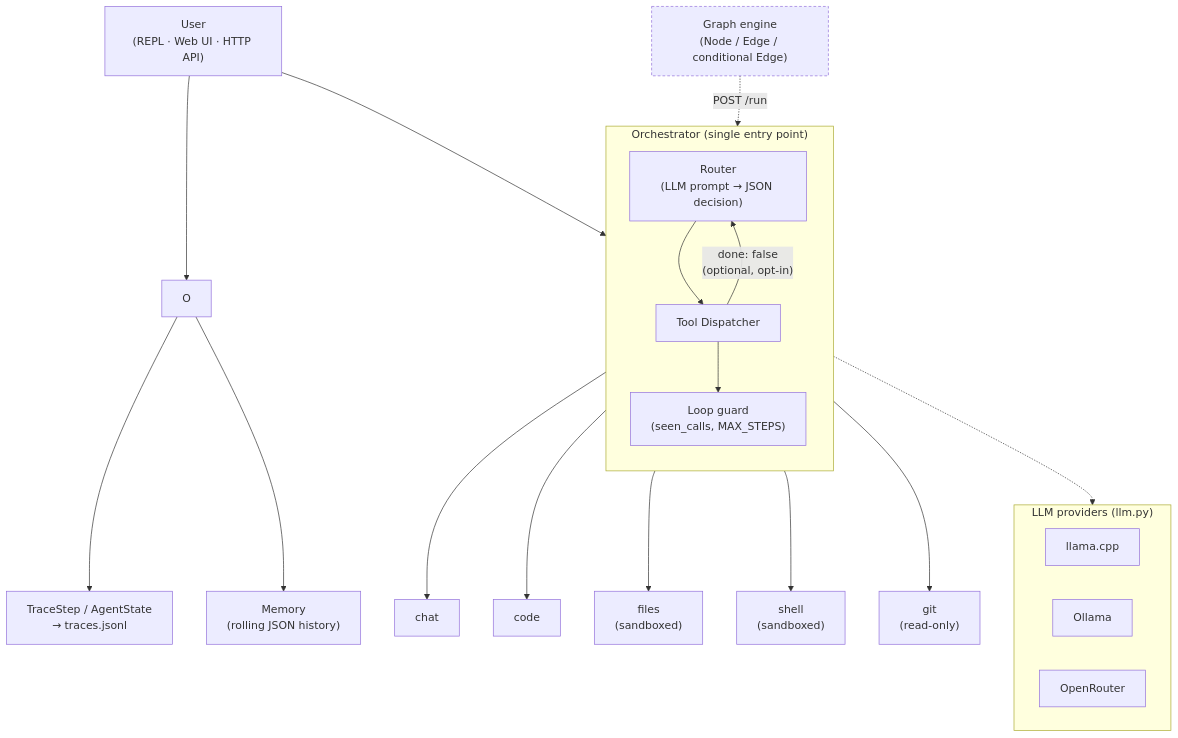
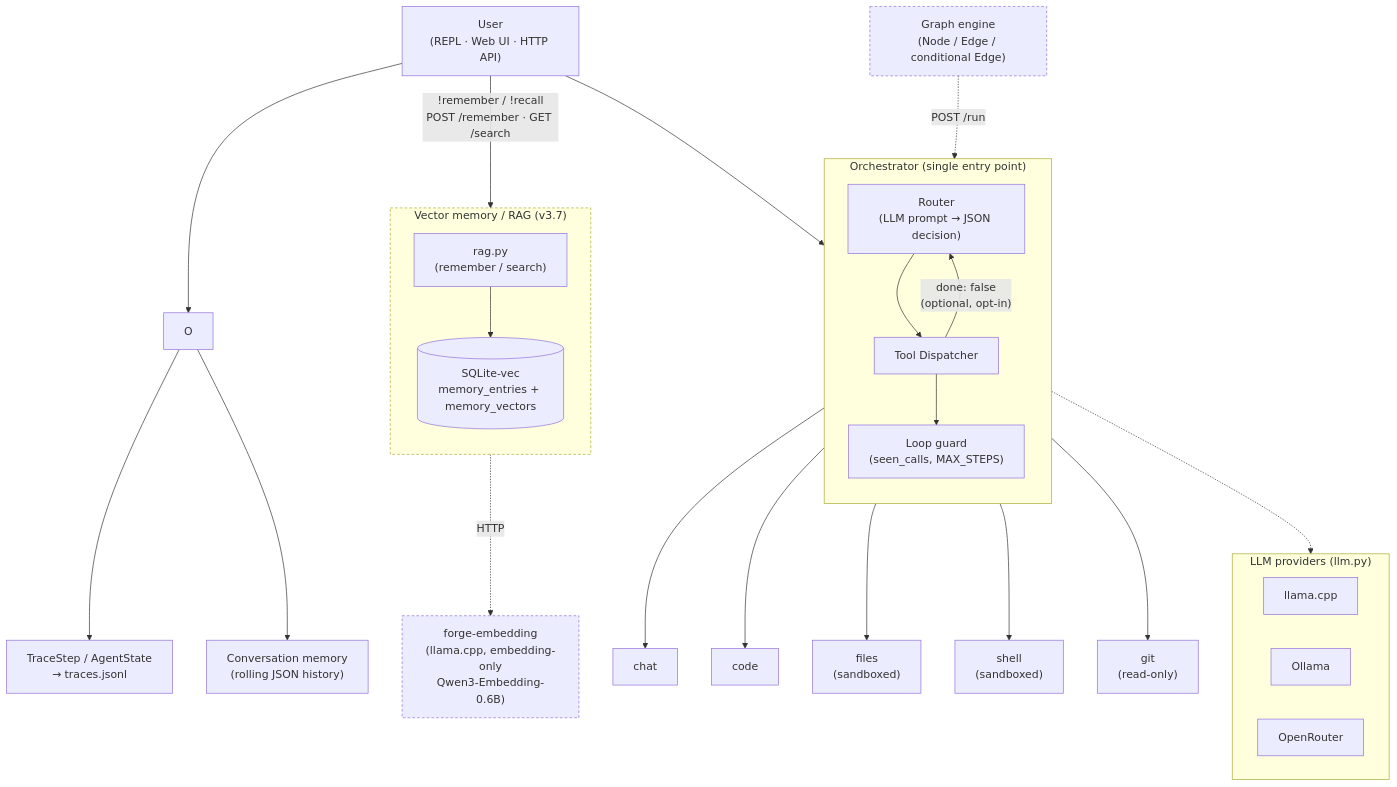
Before and after one commit to Kurtisone/forge: the diagram in README.md, drawn with Mermaid. The commit also changed other lines of this file, not shown here.

First line of the commit message:
docs(readme): update architecture diagram + roadmap for v3.7 RAG

````diff
--- a/README.md
+++ b/README.md
@@ -42,36 +42,49 @@
 ```mermaid
 flowchart TD
     U["User<br/>(REPL · Web UI · HTTP API)"] --> O
 
     subgraph Orchestrator["Orchestrator (single entry point)"]
         direction TB
         R["Router<br/>(LLM prompt → JSON decision)"]
         D["Tool Dispatcher"]
         LG["Loop guard<br/>(seen_calls, MAX_STEPS)"]
         R --> D
         D -->|"done: false<br/>(optional, opt-in)"| R
         D --> LG
     end
 
     U --> R
 
     D --> T1[chat]
     D --> T2[code]
     D --> T3["files<br/>(sandboxed)"]
     D --> T4["shell<br/>(sandboxed)"]
     D --> T5["git<br/>(read-only)"]
 
     subgraph Providers["LLM providers (llm.py)"]
         direction LR
         P1[llama.cpp]
         P2[Ollama]
         P3[OpenRouter]
     end
     R -.-> Providers
 
     O --> TR["TraceStep / AgentState<br/>→ traces.jsonl"]
-    O --> MEM["Memory<br/>(rolling JSON history)"]
+    O --> MEM["Conversation memory<br/>(rolling JSON history)"]
 
     G["Graph engine<br/>(Node / Edge / conditional Edge)"] -.->|POST /run| D
     style G stroke-dasharray: 4 3
+
+    subgraph RAG["Vector memory / RAG (v3.7)"]
+        direction TB
+        RE["rag.py<br/>(remember / search)"]
+        VDB[("SQLite-vec<br/>memory_entries + memory_vectors")]
+        RE --> VDB
+    end
+
+    U -->|"!remember / !recall<br/>POST /remember · GET /search"| RE
+    EMB["forge-embedding<br/>(llama.cpp, embedding-only<br/>Qwen3-Embedding-0.6B)"]
+    RE -.->|HTTP| EMB
+    style RAG stroke-dasharray: 4 3
+    style EMB stroke-dasharray: 4 3
 ```
````
